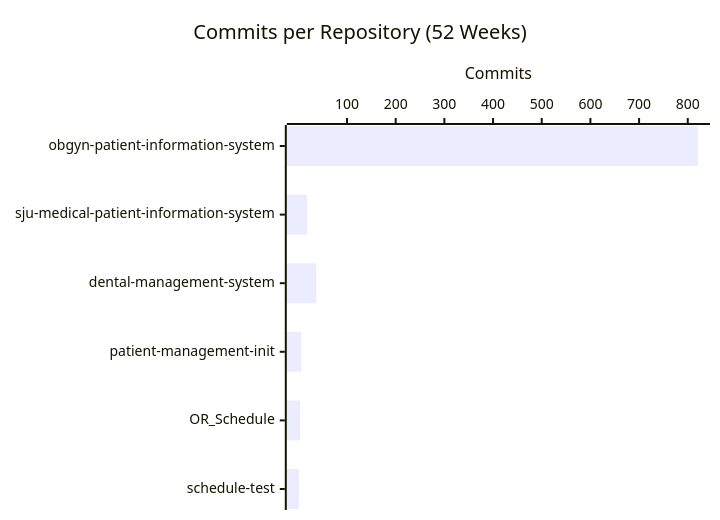
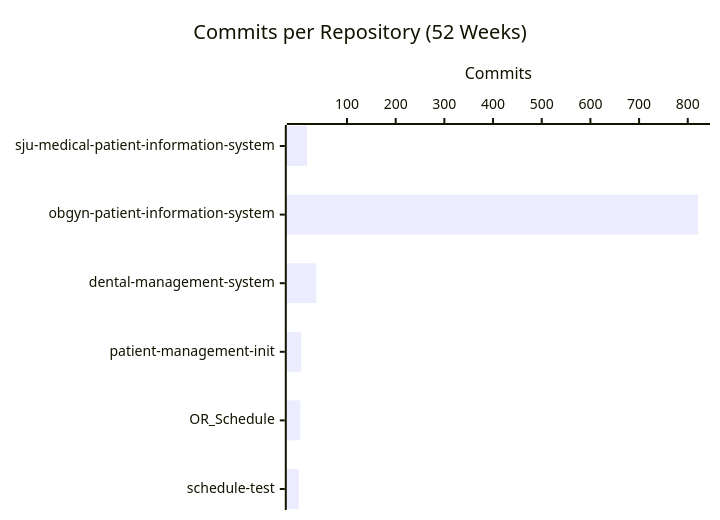
The second of 4 diagrams in profile/README.md (CSTH-Projects/.github), drawn with Mermaid before and after one commit. The commit also changed other lines of this file, not shown here.

````diff
--- a/profile/README.md
+++ b/profile/README.md
@@ -24,7 +24,7 @@
 ```mermaid
 xychart-beta horizontal
     title "Commits per Repository (52 Weeks)"
-    x-axis ["obgyn-patient-information-system", "sju-medical-patient-information-system", "dental-management-system", "patient-management-init", "OR_Schedule", "schedule-test"]
+    x-axis ["sju-medical-patient-information-system", "obgyn-patient-information-system", "dental-management-system", "patient-management-init", "OR_Schedule", "schedule-test"]
     y-axis "Commits"
-    bar [821, 18, 37, 6, 4, 1]
+    bar [18, 821, 37, 6, 4, 1]
 ```
````
